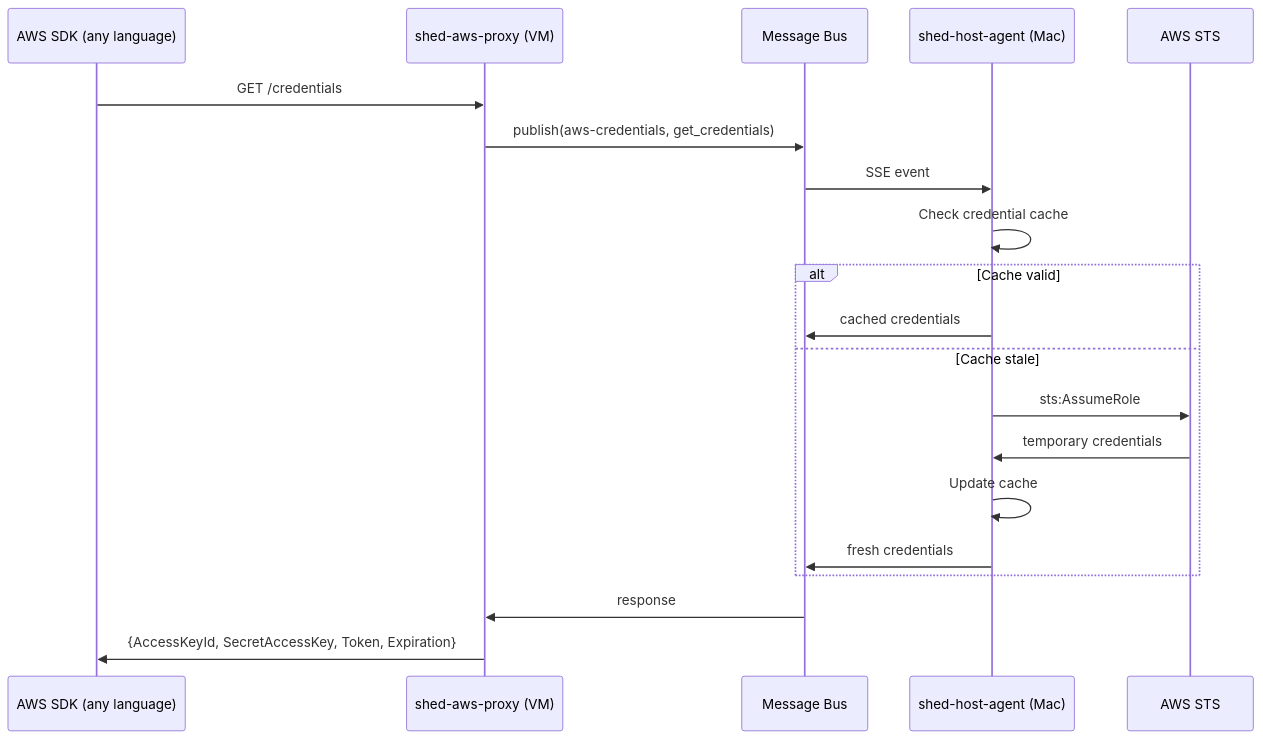
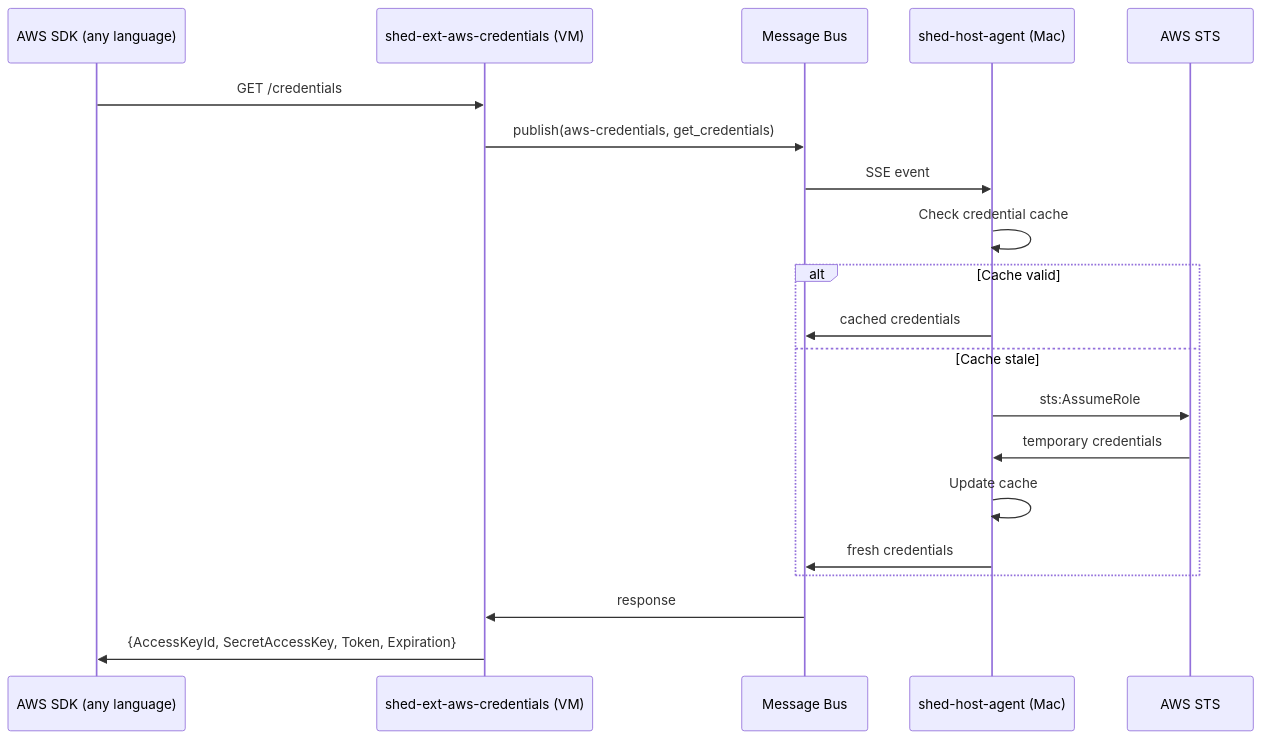
Before and after one commit to charliek/shed-extensions: the diagram in docs/reference/aws-credentials.md, drawn with Mermaid. The commit also changed other lines of this file and 32 other files, not shown here.

First line of the commit message:
Use shed SDK, rename binaries to shed-ext-* convention (#5)

````diff
--- a/docs/reference/aws-credentials.md
+++ b/docs/reference/aws-credentials.md
@@ -11,23 +11,23 @@
 ```mermaid
 sequenceDiagram
     participant SDK as AWS SDK (any language)
-    participant Proxy as shed-aws-proxy (VM)
+    participant Proxy as shed-ext-aws-credentials (VM)
     participant Bus as Message Bus
     participant Host as shed-host-agent (Mac)
     participant STS as AWS STS
 
     SDK->>Proxy: GET /credentials
     Proxy->>Bus: publish(aws-credentials, get_credentials)
     Bus->>Host: SSE event
     Host->>Host: Check credential cache
     alt Cache valid
         Host->>Bus: cached credentials
     else Cache stale
         Host->>STS: sts:AssumeRole
         STS->>Host: temporary credentials
         Host->>Host: Update cache
         Host->>Bus: fresh credentials
     end
     Bus->>Proxy: response
     Proxy->>SDK: {AccessKeyId, SecretAccessKey, Token, Expiration}
 ```
````
